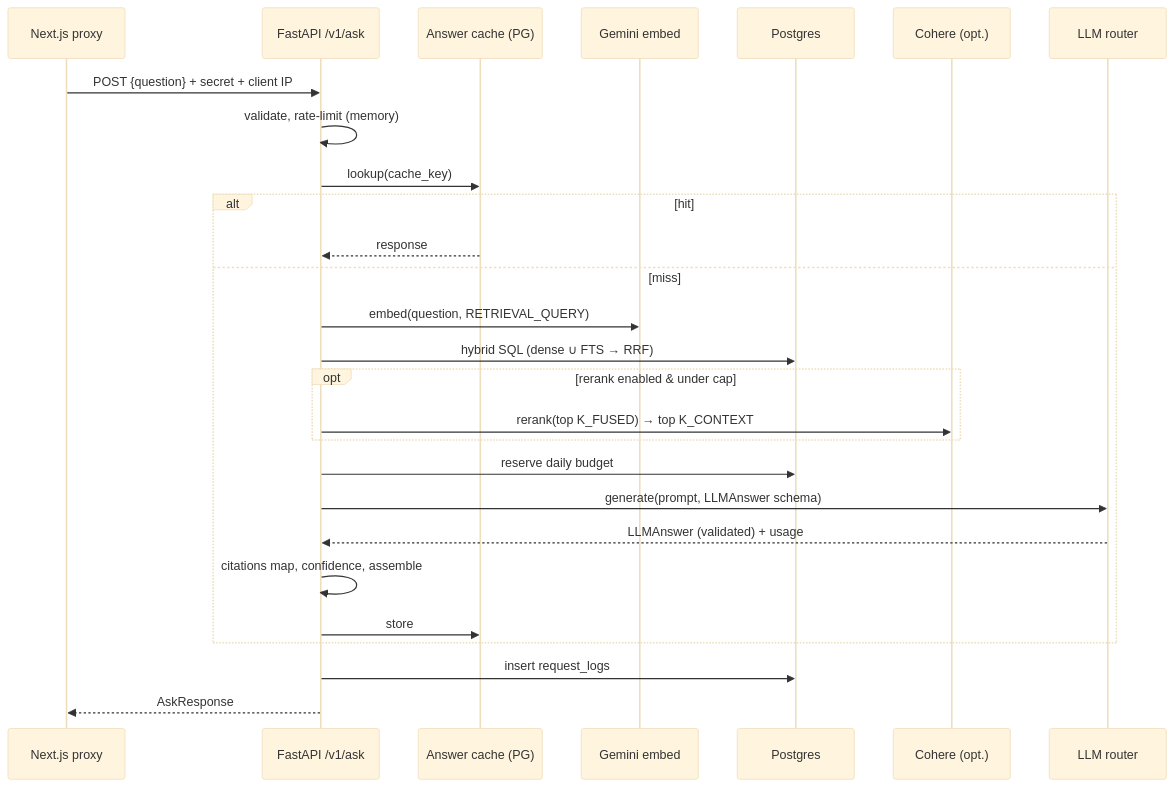
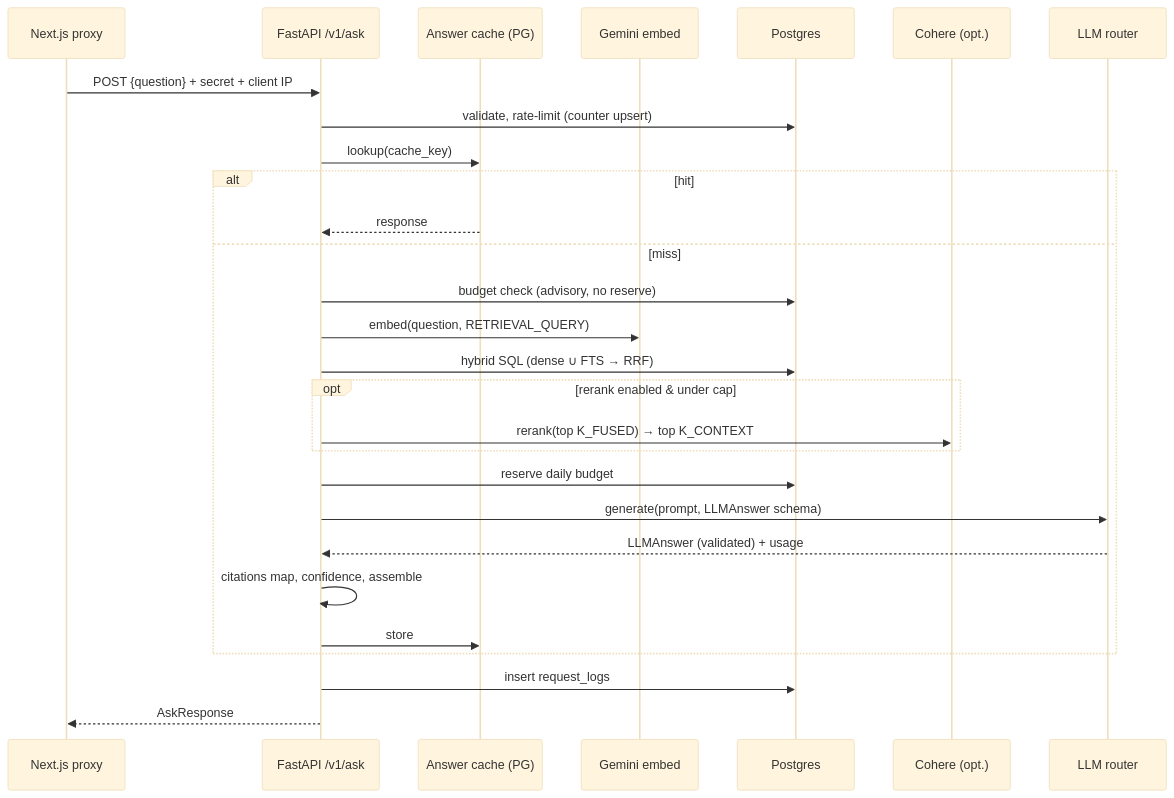
The second of 2 diagrams in docs/Tech.md (Niksa1101/grounded), drawn with Mermaid (base theme) before and after one commit. The commit also changed other lines of this file and 11 other files, not shown here.

First line of the commit message:
docs: decide the rate limiter, limit and budget numbers (5.01) (#89)

````diff
--- a/docs/Tech.md
+++ b/docs/Tech.md
@@ -281,29 +281,30 @@
 ```mermaid
 sequenceDiagram
     participant PX as Next.js proxy
     participant API as FastAPI /v1/ask
     participant C as Answer cache (PG)
     participant E as Gemini embed
     participant DB as Postgres
     participant R as Cohere (opt.)
     participant L as LLM router
     PX->>API: POST {question} + secret + client IP
-    API->>API: validate, rate-limit (memory)
+    API->>DB: validate, rate-limit (counter upsert)
     API->>C: lookup(cache_key)
     alt hit
         C-->>API: response
     else miss
+        API->>DB: budget check (advisory, no reserve)
         API->>E: embed(question, RETRIEVAL_QUERY)
         API->>DB: hybrid SQL (dense ∪ FTS → RRF)
         opt rerank enabled & under cap
             API->>R: rerank(top K_FUSED) → top K_CONTEXT
         end
         API->>DB: reserve daily budget
         API->>L: generate(prompt, LLMAnswer schema)
         L-->>API: LLMAnswer (validated) + usage
         API->>API: citations map, confidence, assemble
         API->>C: store
     end
     API->>DB: insert request_logs
     API-->>PX: AskResponse
 ```
````
